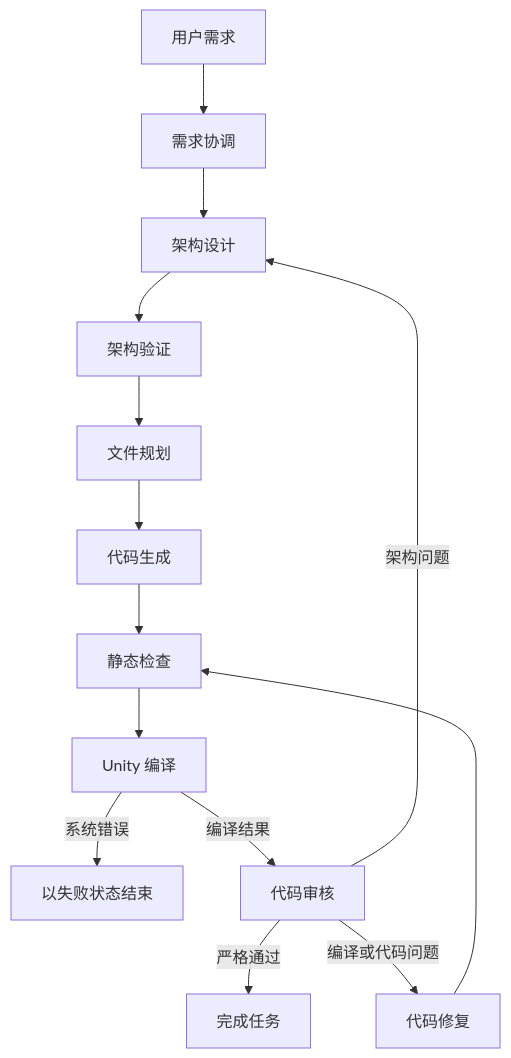
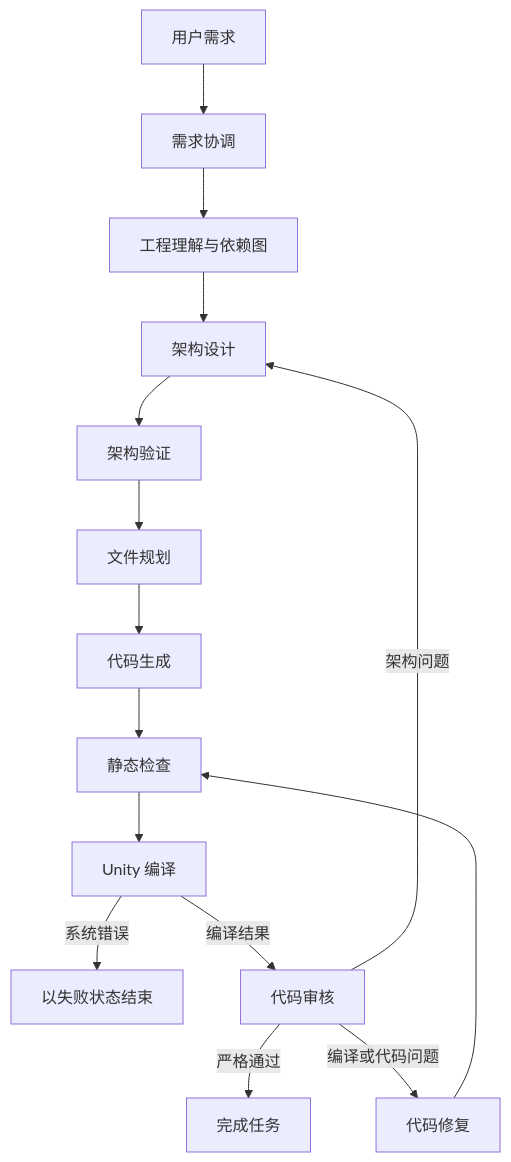
One commit to MaddieMo1/LangGraph-Coding-Agent changed the diagram in README.md. Above: the diagram before and after it, drawn with Mermaid. The commit also changed other lines of this file and 33 other files, not shown here.

Commit message:
feat: 完成安全补丁与项目依赖图能力

````diff
--- a/README.md
+++ b/README.md
@@ -79,16 +88,17 @@
 ```mermaid
 flowchart TD
     A[用户需求] --> B[需求协调]
-    B --> C[架构设计]
+    B --> P[工程理解与依赖图]
+    P --> C[架构设计]
     C --> D[架构验证]
     D --> E[文件规划]
     E --> F[代码生成]
     F --> G[静态检查]
     G --> H[Unity 编译]
     H -->|系统错误| Z[以失败状态结束]
     H -->|编译结果| I[代码审核]
     I -->|严格通过| J[完成任务]
     I -->|编译或代码问题| K[代码修复]
     I -->|架构问题| C
     K --> G
 ```
````
